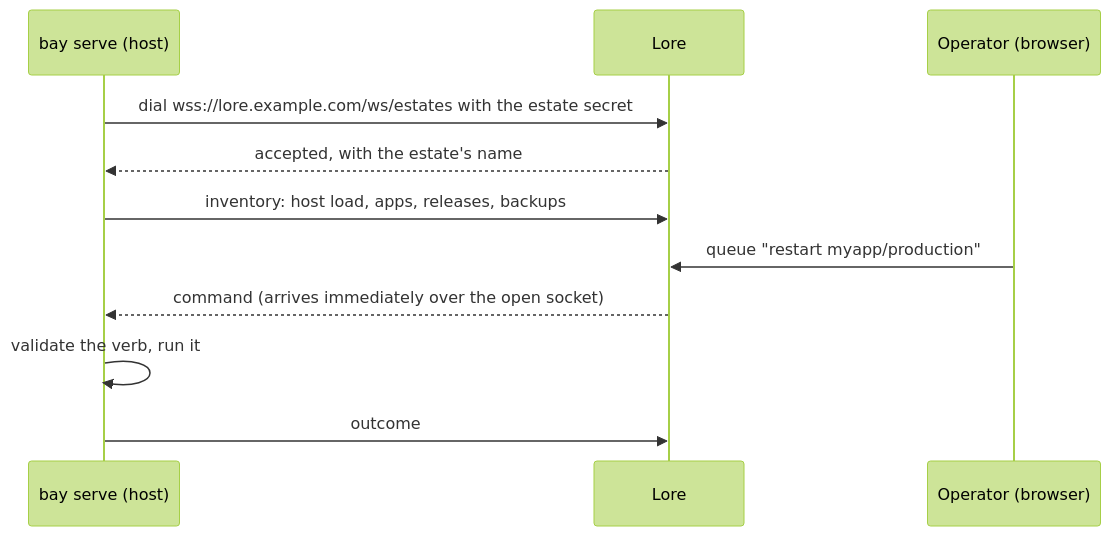
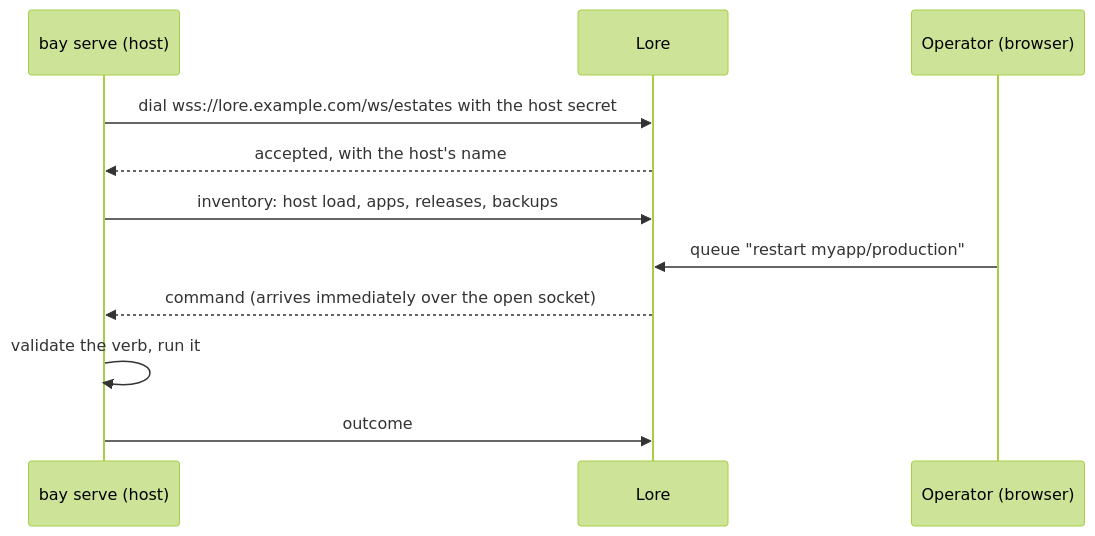
Before and after one commit to alepha-dev/alepha: the diagram in bay/docs/1-guides/7-lore-connector.md, drawn with Mermaid (forest theme). The commit also changed other lines of this file and 33 other files, not shown here.

First line of the commit message:
chore(bay): Bay says host in its docs, output, logs and help; wire v1 keeps estate #E147 #Q3560

````diff
--- a/bay/docs/1-guides/7-lore-connector.md
+++ b/bay/docs/1-guides/7-lore-connector.md
@@ -12,13 +12,13 @@
 ```mermaid
 sequenceDiagram
   participant Bay as bay serve (host)
   participant Lore
   participant You as Operator (browser)
-  Bay->>Lore: dial wss://lore.example.com/ws/estates with the estate secret
-  Lore-->>Bay: accepted, with the estate's name
+  Bay->>Lore: dial wss://lore.example.com/ws/estates with the host secret
+  Lore-->>Bay: accepted, with the host's name
   Bay->>Lore: inventory: host load, apps, releases, backups
   You->>Lore: queue "restart myapp/production"
   Lore-->>Bay: command (arrives immediately over the open socket)
   Bay->>Bay: validate the verb, run it
   Bay->>Lore: outcome
 ```
````
